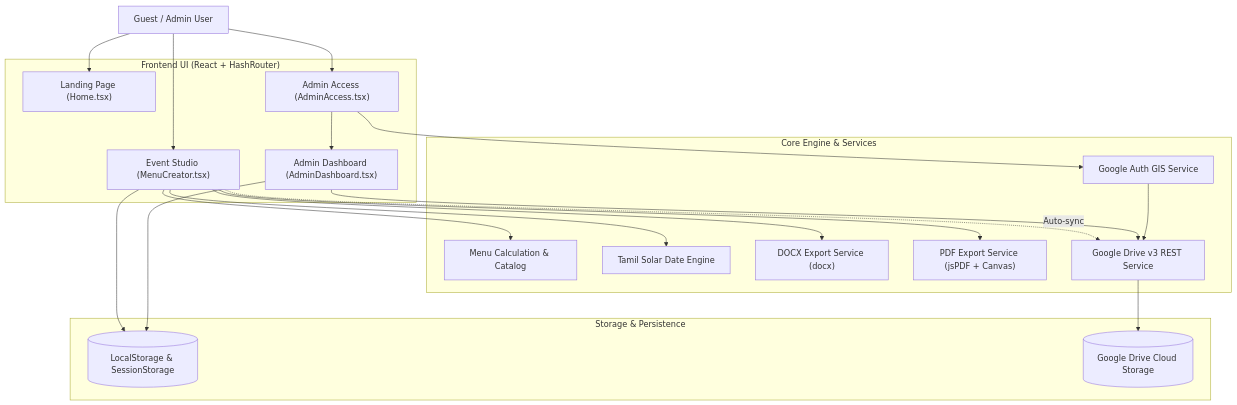
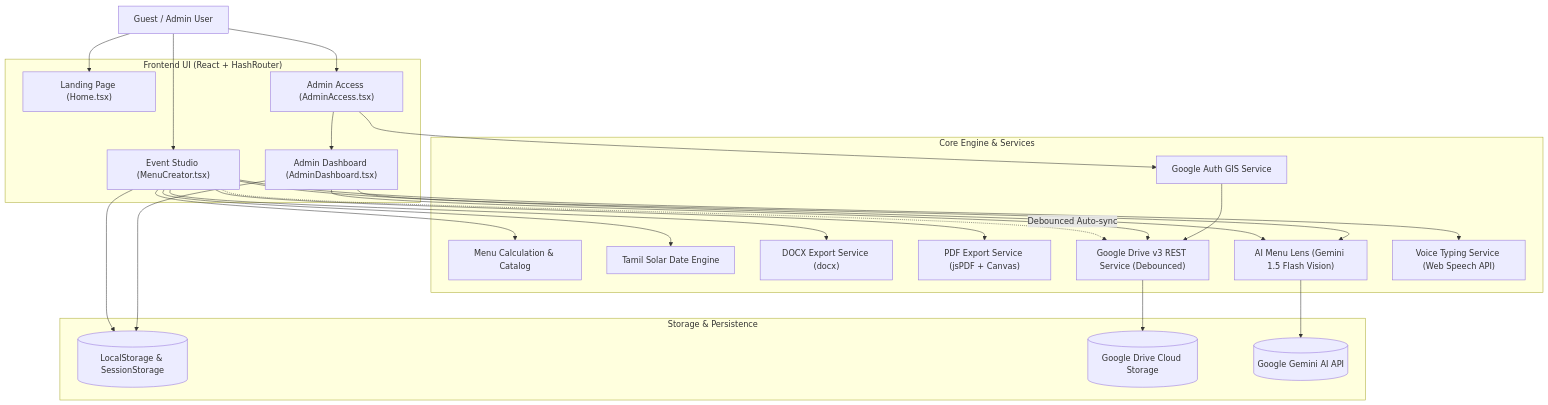
One commit to RupakJayan/bkr-menu-magic changed the first of 2 diagrams in README.md. Above: the diagram before and after it, drawn with Mermaid. The commit also changed other lines of this file and 26 other files, not shown here.

First line of the commit message:
feat(v1.5.3): AI Menu Lens, voice typing, Gemini authentic Tamil translation, session MERN studio & change management

````diff
--- a/README.md
+++ b/README.md
@@ -63,44 +86,51 @@
 ```mermaid
 flowchart TD
     User["Guest / Admin User"]
     
     subgraph UI["Frontend UI (React + HashRouter)"]
         Landing["Landing Page (Home.tsx)"]
         Planner["Event Studio (MenuCreator.tsx)"]
         AdminLogin["Admin Access (AdminAccess.tsx)"]
         Dashboard["Admin Dashboard (AdminDashboard.tsx)"]
     end
 
     subgraph Services["Core Engine & Services"]
         Calc["Menu Calculation & Catalog"]
         TamilDate["Tamil Solar Date Engine"]
         DocxGen["DOCX Export Service (docx)"]
         PdfGen["PDF Export Service (jsPDF + Canvas)"]
         GoogleAuth["Google Auth GIS Service"]
-        DriveSync["Google Drive v3 REST Service"]
+        DriveSync["Google Drive v3 REST Service (Debounced)"]
+        AiLens["AI Menu Lens (Gemini 1.5 Flash Vision)"]
+        VoiceTyping["Voice Typing Service (Web Speech API)"]
     end
 
     subgraph Storage["Storage & Persistence"]
         LocalStore[("LocalStorage & SessionStorage")]
         GDrive[("Google Drive Cloud Storage")]
+        GeminiAPI[("Google Gemini AI API")]
     end
 
     User --> Landing
     User --> Planner
     User --> AdminLogin
     AdminLogin --> Dashboard
     
     Planner --> Calc
     Planner --> TamilDate
     Planner --> DocxGen
     Planner --> PdfGen
+    Planner --> AiLens
+    Planner --> VoiceTyping
     Planner --> LocalStore
-    Planner -.->|Auto-sync| DriveSync
+    Planner -.->|Debounced Auto-sync| DriveSync
     
     Dashboard --> DriveSync
     Dashboard --> LocalStore
+    Dashboard --> AiLens
     
     AdminLogin --> GoogleAuth
     GoogleAuth --> DriveSync
     DriveSync --> GDrive
+    AiLens --> GeminiAPI
 ```
````
